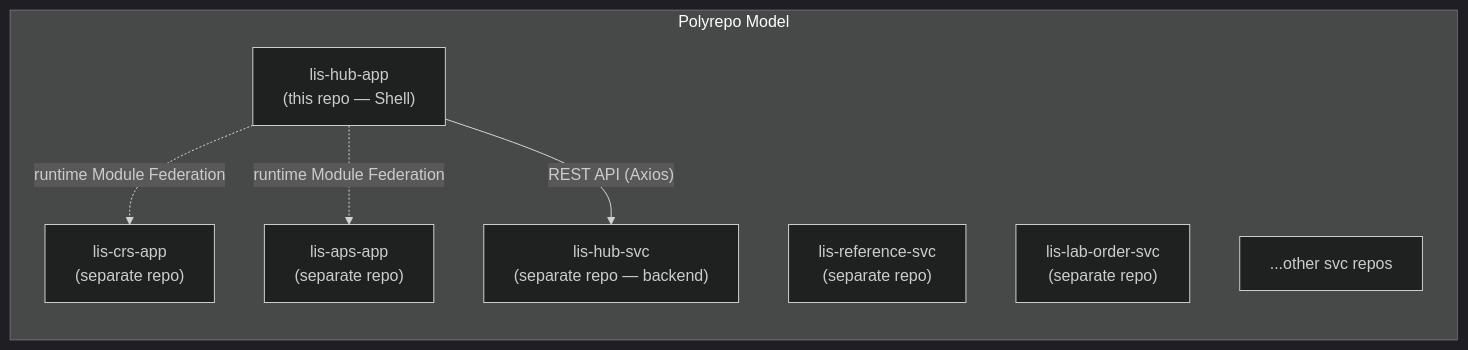
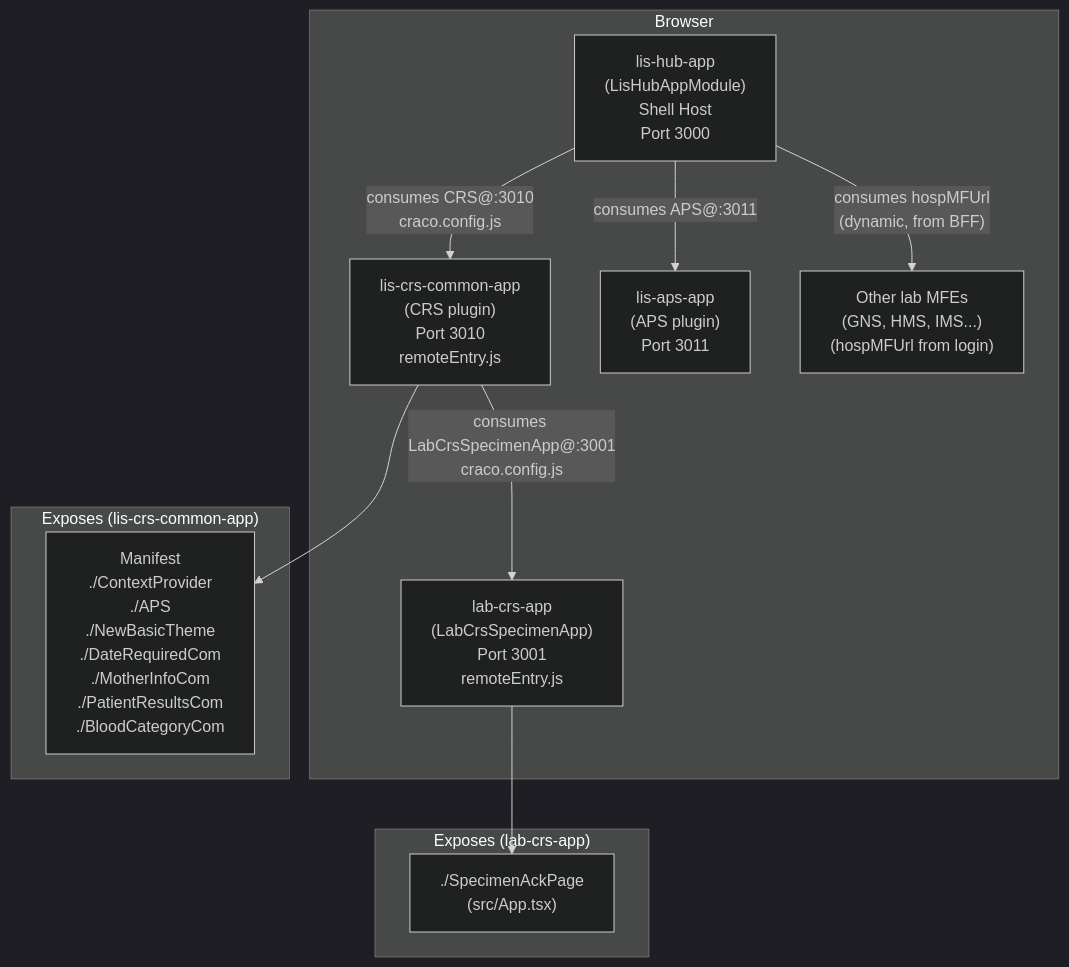
One commit to DragonChong/HA-Notes changed the first of 4 diagrams in LIS/ECP/Micro-Frontend-Backend Architecture/01 - System Architecture.md. Above: the diagram before and after it, drawn with Mermaid (dark theme). The commit also changed other lines of this file and 1 other file, not shown here.

````diff
--- a/LIS/ECP/Micro-Frontend-Backend Architecture/01 - System Architecture.md
+++ b/LIS/ECP/Micro-Frontend-Backend Architecture/01 - System Architecture.md
@@ -16,15 +91,26 @@
 ```mermaid
-graph LR
-    subgraph "Polyrepo Model"
-        R1["lis-hub-app\n(this repo — Shell)"]
-        R2["lis-crs-app\n(separate repo)"]
-        R3["lis-aps-app\n(separate repo)"]
-        R4["lis-hub-svc\n(separate repo — backend)"]
-        R5["lis-reference-svc\n(separate repo)"]
-        R6["lis-lab-order-svc\n(separate repo)"]
-        R7["...other svc repos"]
+graph TB
+    subgraph Browser
+        Hub["lis-hub-app\n(LisHubAppModule)\nShell Host\nPort 3000"]
+        CRS["lis-crs-common-app\n(CRS plugin)\nPort 3010\nremoteEntry.js"]
+        LAB["lab-crs-app\n(LabCrsSpecimenApp)\nPort 3001\nremoteEntry.js"]
+        APS["lis-aps-app\n(APS plugin)\nPort 3011"]
+        OTHERS["Other lab MFEs\n(GNS, HMS, IMS...)\n(hospMFUrl from login)"]
     end
-    R1 -.->|"runtime Module Federation"| R2
-    R1 -.->|"runtime Module Federation"| R3
-    R1 -->|"REST API (Axios)"| R4
+
+    Hub -->|"consumes CRS@:3010\ncraco.config.js"| CRS
+    Hub -->|"consumes APS@:3011"| APS
+    Hub -->|"consumes hospMFUrl\n(dynamic, from BFF)"| OTHERS
+    CRS -->|"consumes LabCrsSpecimenApp@:3001\ncraco.config.js"| LAB
+
+    subgraph "Exposes (lis-crs-common-app)"
+        E1["Manifest\n./ContextProvider\n./APS\n./NewBasicTheme\n./DateRequiredCom\n./MotherInfoCom\n./PatientResultsCom\n./BloodCategoryCom"]
+    end
+
+    subgraph "Exposes (lab-crs-app)"
+        E2["./SpecimenAckPage\n(src/App.tsx)"]
+    end
+
+    CRS --> E1
+    LAB --> E2
 ```
````
